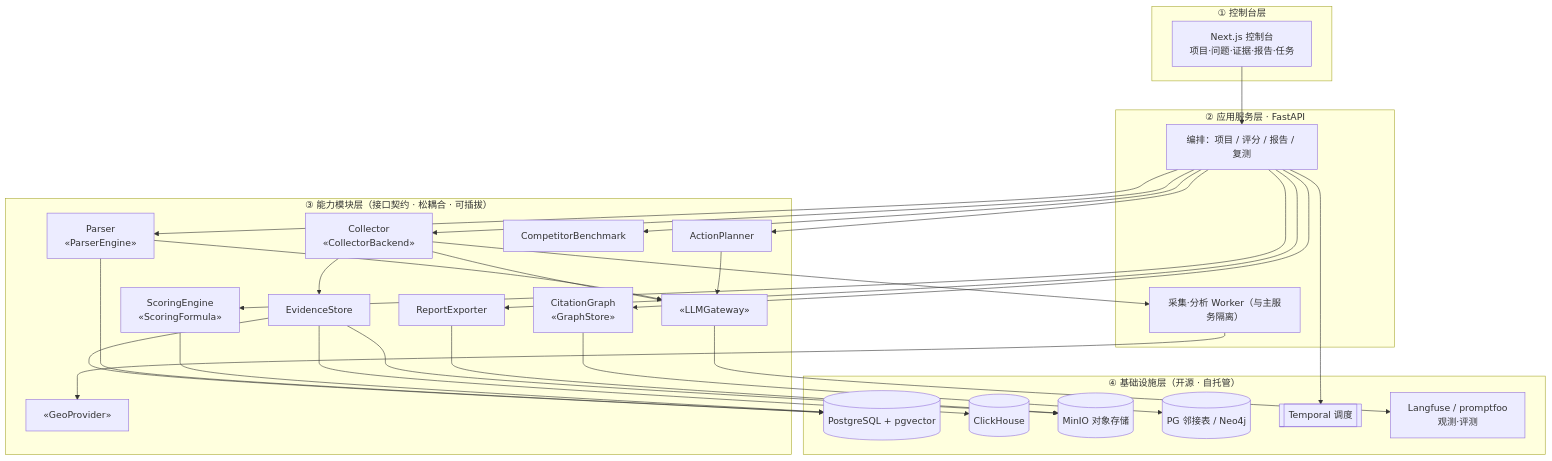
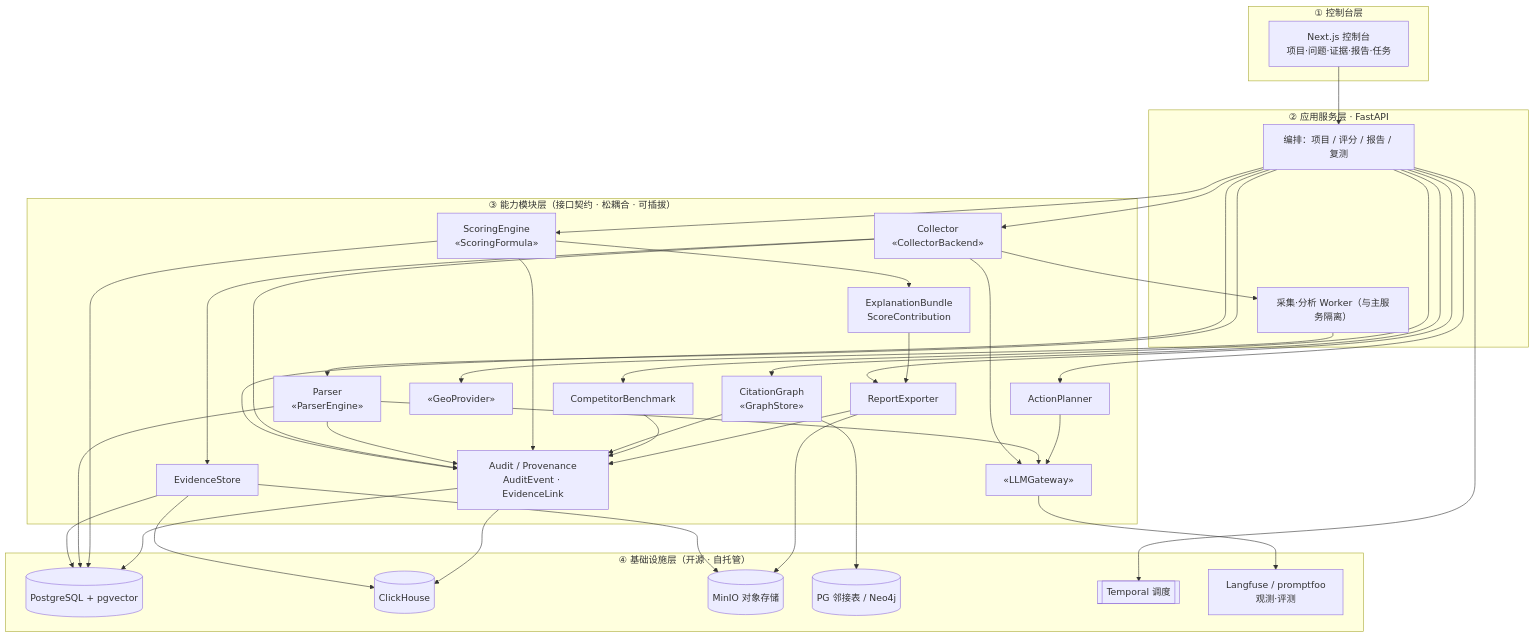
Before and after one commit to priestess-bot/geo: the first of 3 diagrams in ARCHITECTURE.md, drawn with Mermaid. The commit also changed other lines of this file and 5 other files, not shown here.

Commit message:
docs: sync architecture auditability diagrams

````diff
--- a/ARCHITECTURE.md
+++ b/ARCHITECTURE.md
@@ -13,46 +13,57 @@
 ```mermaid
 flowchart TB
   subgraph L1["① 控制台层"]
     UI["Next.js 控制台<br/>项目·问题·证据·报告·任务"]
   end
   subgraph L2["② 应用服务层 · FastAPI"]
     ORCH["编排：项目 / 评分 / 报告 / 复测"]
     WRK["采集·分析 Worker（与主服务隔离）"]
   end
   subgraph L3["③ 能力模块层（接口契约 · 松耦合 · 可插拔）"]
     COL["Collector<br/>«CollectorBackend»"]
     EVI["EvidenceStore"]
     PAR["Parser<br/>«ParserEngine»"]
     SCO["ScoringEngine<br/>«ScoringFormula»"]
+    EXP["ExplanationBundle<br/>ScoreContribution"]
     CIT["CitationGraph<br/>«GraphStore»"]
     BEN["CompetitorBenchmark"]
     ACT["ActionPlanner"]
     REP["ReportExporter"]
+    AUD["Audit / Provenance<br/>AuditEvent · EvidenceLink"]
     LLM["«LLMGateway»"]
     GEO["«GeoProvider»"]
   end
   subgraph L4["④ 基础设施层（开源 · 自托管）"]
     PG[("PostgreSQL + pgvector")]
     CH[("ClickHouse")]
     OBJ[("MinIO 对象存储")]
     GR[("PG 邻接表 / Neo4j")]
     TMP[["Temporal 调度"]]
     OBS["Langfuse / promptfoo<br/>观测·评测"]
   end
 
   UI --> ORCH
-  ORCH --> COL & PAR & SCO & CIT & BEN & ACT & REP
+  ORCH --> COL & PAR & SCO & CIT & BEN & ACT & REP & AUD
   COL --> WRK
   WRK --> GEO
   COL --> EVI
   COL --> LLM
   PAR --> LLM
   ACT --> LLM
   EVI --> PG & OBJ & CH
   PAR --> PG
   SCO --> PG
+  SCO --> EXP
+  EXP --> REP
   CIT --> GR
+  COL --> AUD
+  PAR --> AUD
+  SCO --> AUD
+  CIT --> AUD
+  BEN --> AUD
+  REP --> AUD
+  AUD --> PG & CH
   REP --> OBJ
   LLM --> OBS
   ORCH --> TMP
 ```
````
